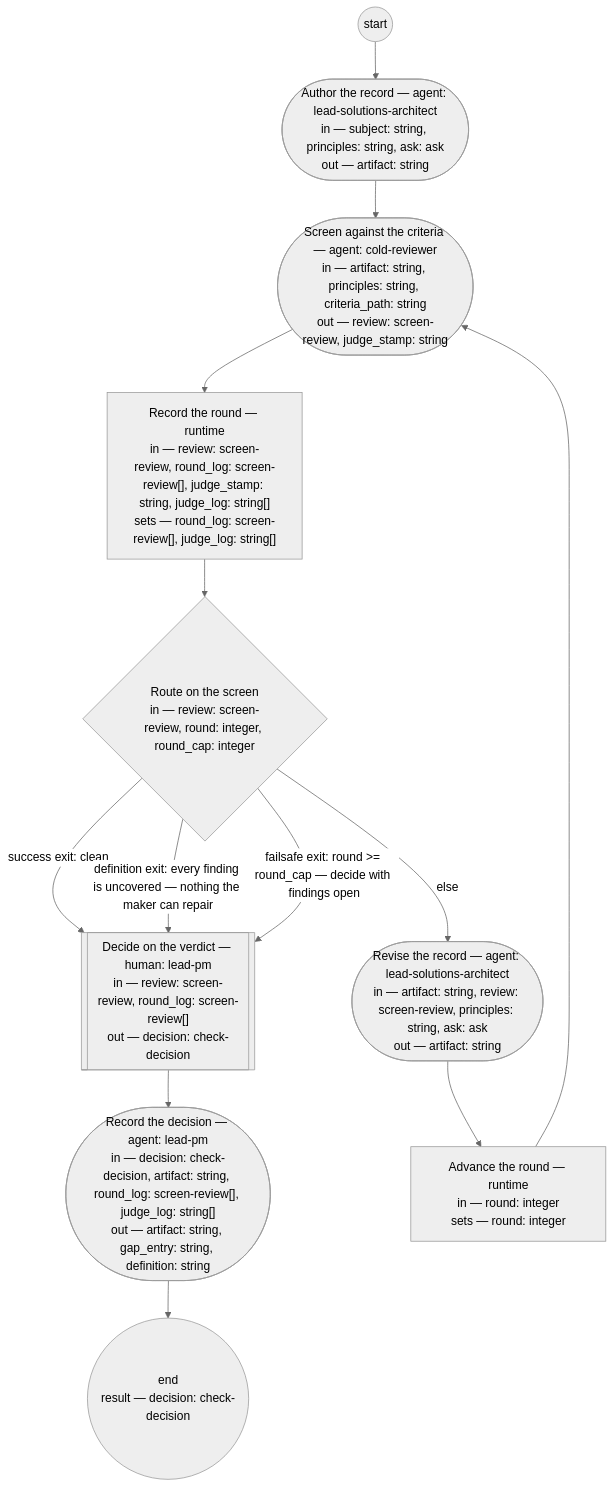
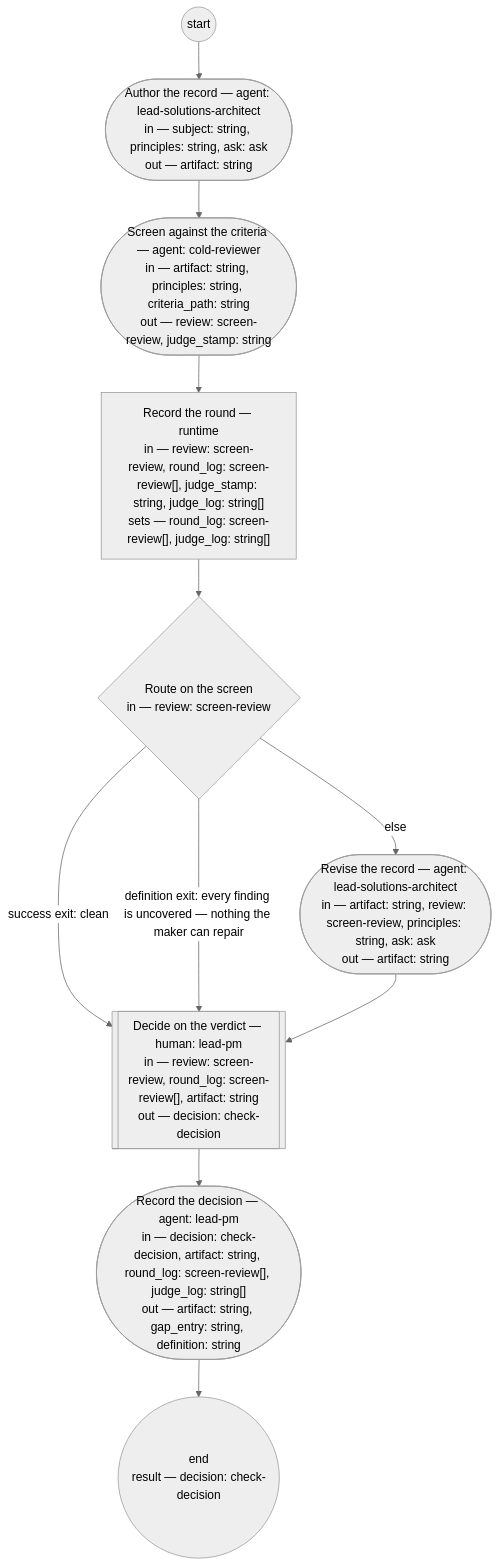
The diagram in .claude/skills/adr-authoring/SKILL.md (dstengle/shopsystem-product), drawn with Mermaid (neutral theme) before and after one commit. The commit also changed other lines of this file and 12 other files, not shown here.

````diff
--- a/.claude/skills/adr-authoring/SKILL.md
+++ b/.claude/skills/adr-authoring/SKILL.md
@@ -33,24 +33,21 @@
 ```mermaid
 flowchart TD
   author(["Author the record — agent: lead-solutions-architect<br/>in — subject: string, principles: string, ask: ask<br/>out — artifact: string"])
   screen(["Screen against the criteria — agent: cold-reviewer<br/>in — artifact: string, principles: string, criteria_path: string<br/>out — review: screen-review, judge_stamp: string"])
   log_round["Record the round — runtime<br/>in — review: screen-review, round_log: screen-review[], judge_stamp: string, judge_log: string[]<br/>sets — round_log: screen-review[], judge_log: string[]"]
-  route_screen{"Route on the screen<br/>in — review: screen-review, round: integer, round_cap: integer"}
+  route_screen{"Route on the screen<br/>in — review: screen-review"}
   revise(["Revise the record — agent: lead-solutions-architect<br/>in — artifact: string, review: screen-review, principles: string, ask: ask<br/>out — artifact: string"])
-  advance_round["Advance the round — runtime<br/>in — round: integer<br/>sets — round: integer"]
-  decide[["Decide on the verdict — human: lead-pm<br/>in — review: screen-review, round_log: screen-review[]<br/>out — decision: check-decision"]]
+  decide[["Decide on the verdict — human: lead-pm<br/>in — review: screen-review, round_log: screen-review[], artifact: string<br/>out — decision: check-decision"]]
   record(["Record the decision — agent: lead-pm<br/>in — decision: check-decision, artifact: string, round_log: screen-review[], judge_log: string[]<br/>out — artifact: string, gap_entry: string, definition: string"])
   __end(("end<br/>result — decision: check-decision"))
   __start(("start")) --> author
   author --> screen
   screen --> log_round
   log_round --> route_screen
   route_screen -->|success exit: clean| decide
   route_screen -->|definition exit: every finding is uncovered — nothing the maker can repair| decide
-  route_screen -->|failsafe exit: round >= round_cap — decide with findings open| decide
   route_screen -->|else| revise
-  revise --> advance_round
-  advance_round --> screen
+  revise --> decide
   decide --> record
   record --> __end
 ```
````
